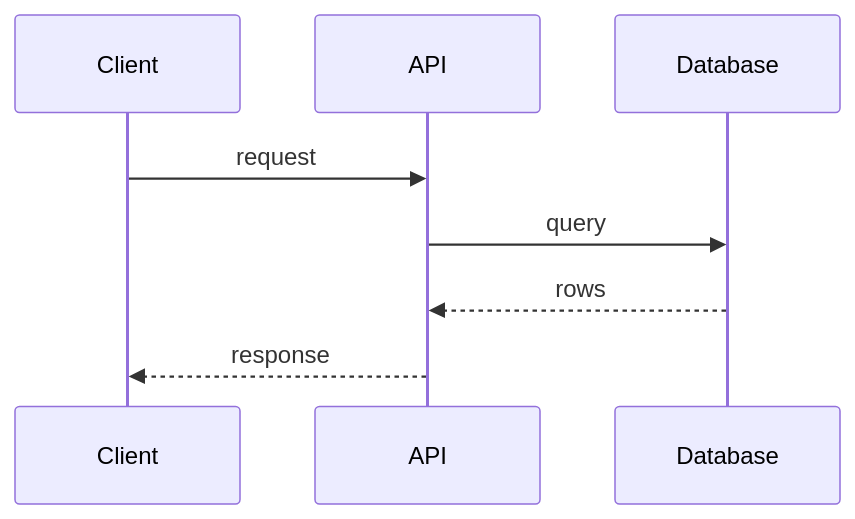
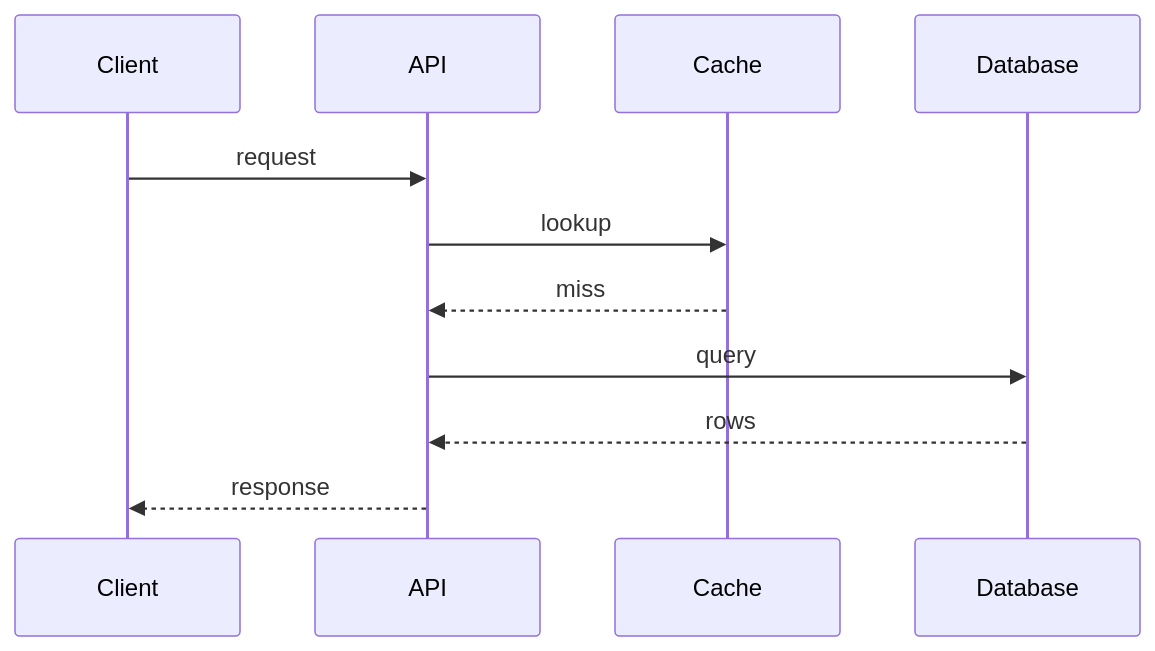
The second of 11 diagrams in docs/diagram-types.md (dkdev24/pele-animate), drawn with Mermaid before and after one commit. The commit also changed other lines of this file and 2 other files, not shown here.

First line of the commit message:
docs: richer diagram-type examples with story pins; journey steps at narrow widths

````diff
--- a/docs/diagram-types.md
+++ b/docs/diagram-types.md
@@ -48,7 +51,9 @@
 ```mermaid live
 sequenceDiagram
   Client->>API: request
+  API->>Cache: lookup
+  Cache-->>API: miss
   API->>Database: query
   Database-->>API: rows
   API-->>Client: response
 ```
````
